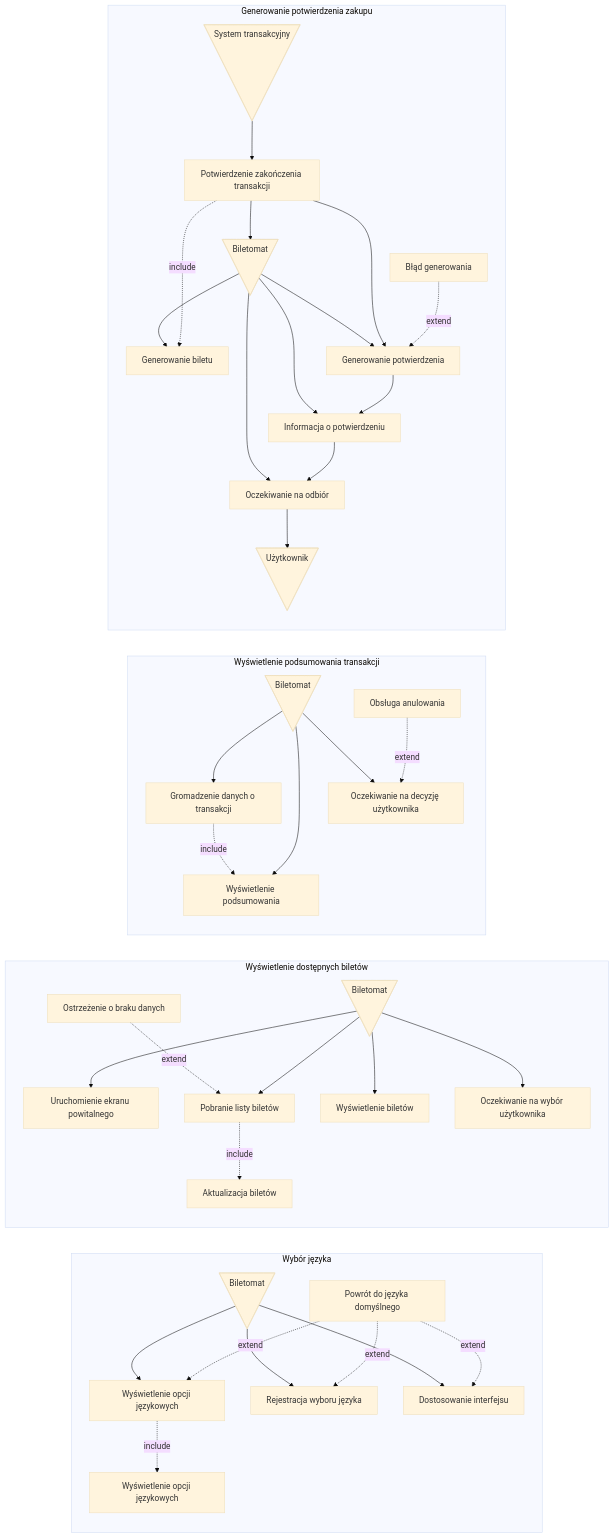
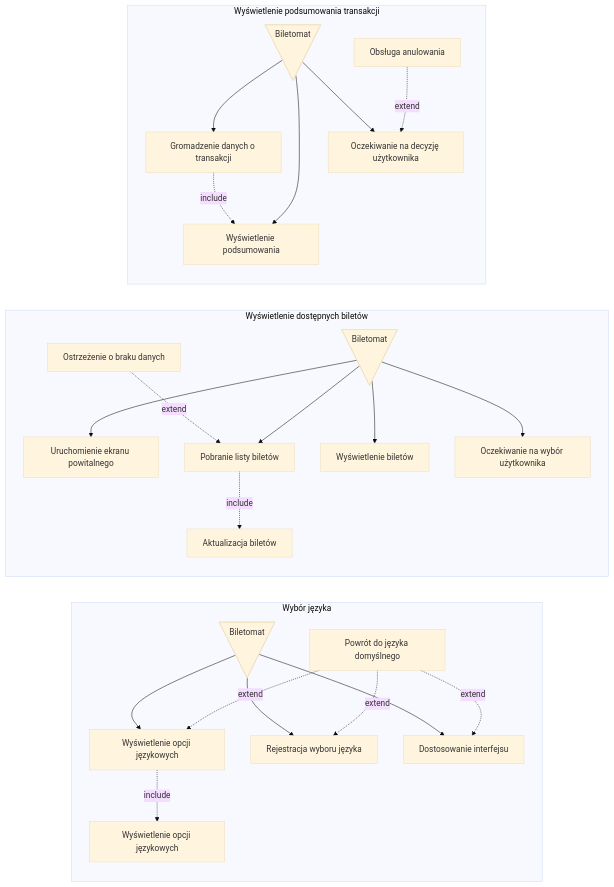
The first of 3 diagrams in userstories/biletomat.md (MarcinMarszewski/dowolna_nazwa), drawn with Mermaid (base theme) before and after one commit.

````diff
--- a/userstories/biletomat.md
+++ b/userstories/biletomat.md
@@ -11,79 +11,51 @@
 ```mermaid
 flowchart LR
 subgraph "Wybór języka"
   A@{ shape: manual-file, label: "Biletomat" }
   id1[Wyświetlenie opcji językowych]
   id2[Rejestracja wyboru języka]
   id3[Dostosowanie interfejsu]
   id4[Wyświetlenie opcji językowych]
   id5[Powrót do języka domyślnego]
 
   A --> id1
   A --> id2
   A --> id3
   id5-. extend .-> id1
   id5-. extend .-> id2
   id5-. extend .-> id3
   id1-. include .-> id4
   
 end
 subgraph "Wyświetlenie dostępnych biletów"
   B@{ shape: manual-file, label: "Biletomat" }
   id11[Uruchomienie ekranu powitalnego]
   id22[Pobranie listy biletów]
   id33[Wyświetlenie biletów]
   id44[Oczekiwanie na wybór użytkownika]
   id55[Aktualizacja biletów]
   id66[Ostrzeżenie o braku danych]
 
   B --> id11
   B --> id22
   B --> id33
   B --> id44
   id22-. include .-> id55
   id66-. extend .-> id22
 
 end
 subgraph "Wyświetlenie podsumowania transakcji"
   C@{ shape: manual-file, label: "Biletomat" }
   uc1[Gromadzenie danych o transakcji]
   uc2[Wyświetlenie podsumowania]
   uc3[Oczekiwanie na decyzję użytkownika]
   uc4[Obsługa anulowania]
 
   C --> uc1
   C --> uc2
   C --> uc3
 
   uc1-. include .-> uc2
   uc4-. extend .-> uc3
-
 end
-subgraph "Generowanie potwierdzenia zakupu"
-  D@{ shape: manual-file, label: "Biletomat" }
-  DD@{ shape: manual-file, label: "System transakcyjny" }
-  DDD@{ shape: manual-file, label: "Użytkownik" }
-  u1[Potwierdzenie zakończenia transakcji]
-  u2[Generowanie potwierdzenia]
-  u3[Informacja o potwierdzeniu]
-  u4[Oczekiwanie na odbiór]
-  u5[Generowanie biletu]
-  u6[Błąd generowania]
-
-  DD --> u1
-  D --> u5
-  D --> u2
-  D --> u3
-  D --> u4
-  u1 --> D
-  u1 --> u2
-  u2 --> u3
-  u3 --> u4
-  u4 --> DDD
-
-  u1-. include .-> u5
-  u6-. extend .-> u2
-
-end
-
 ```
````
